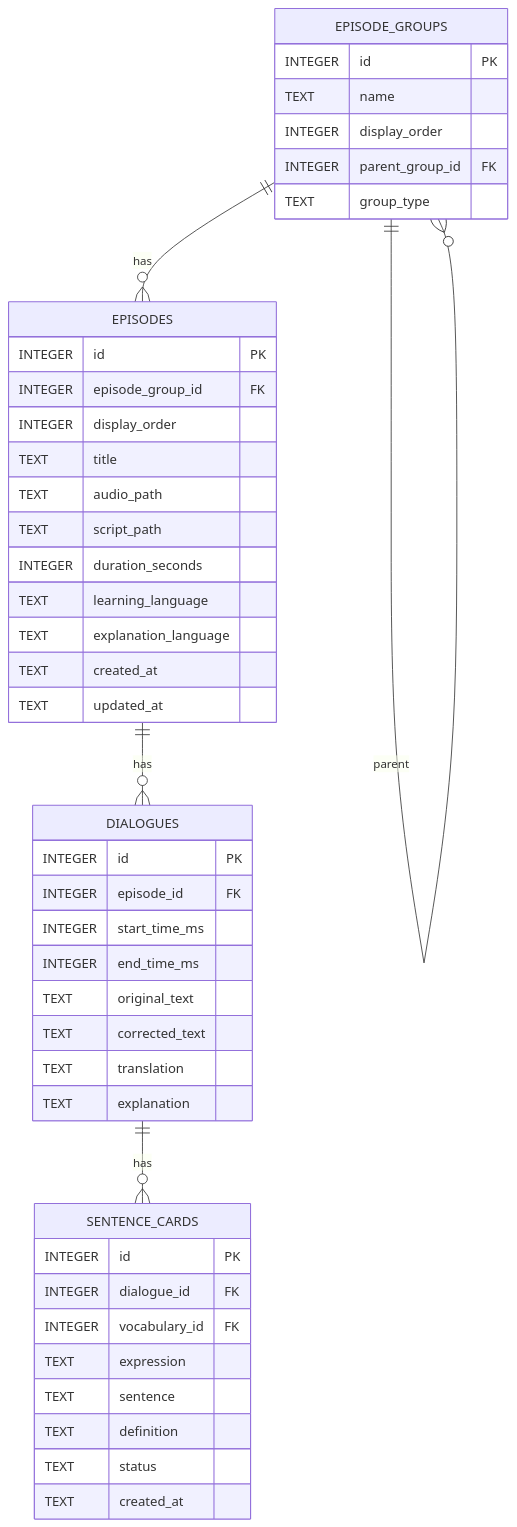
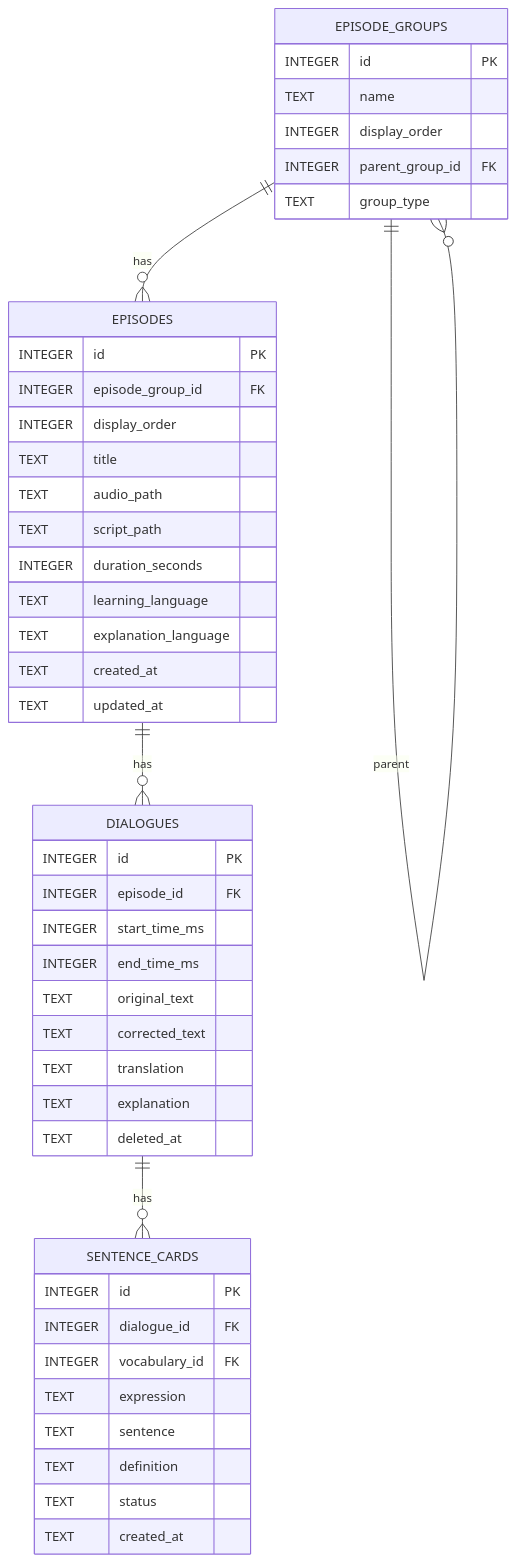
One commit to k5n/kotonoha changed the second of 2 diagrams in doc/technical_specifications.md. Above: the diagram before and after it, drawn with Mermaid. The commit also changed other lines of this file and 1 other file, not shown here.

Commit message:
docs: update dependency graph and technical specifications for soft delete functionality

````diff
--- a/doc/technical_specifications.md
+++ b/doc/technical_specifications.md
@@ -159,48 +159,49 @@
 ```mermaid
 erDiagram
     EPISODE_GROUPS {
         INTEGER id PK
         TEXT name
         INTEGER display_order
         INTEGER parent_group_id FK
         TEXT group_type
     }
     EPISODES {
         INTEGER id PK
         INTEGER episode_group_id FK
         INTEGER display_order
         TEXT title
         TEXT audio_path
         TEXT script_path
         INTEGER duration_seconds
         TEXT learning_language
         TEXT explanation_language
         TEXT created_at
         TEXT updated_at
     }
     DIALOGUES {
         INTEGER id PK
         INTEGER episode_id FK
         INTEGER start_time_ms
         INTEGER end_time_ms
         TEXT original_text
         TEXT corrected_text
         TEXT translation
         TEXT explanation
+        TEXT deleted_at
     }
     SENTENCE_CARDS {
         INTEGER id PK
         INTEGER dialogue_id FK
         INTEGER vocabulary_id FK
         TEXT expression
         TEXT sentence
         TEXT definition
         TEXT status
         TEXT created_at
     }
 
     EPISODE_GROUPS ||--o{ EPISODE_GROUPS : "parent"
     EPISODE_GROUPS ||--o{ EPISODES : "has"
     EPISODES ||--o{ DIALOGUES : "has"
     DIALOGUES ||--o{ SENTENCE_CARDS : "has"
 ```
````
